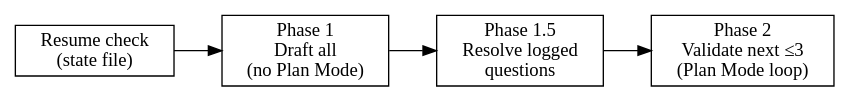
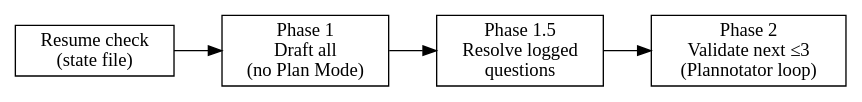
Before and after one commit to SatanLittleHelper/ai-dev-kit: the diagram in skills/roadmap/references/batch-plan-validate.md, drawn with Graphviz. The commit also changed other lines of this file and 13 other files, not shown here.

Commit message:
rules: согласование документов через Plannotator без native Plan Mode

````diff
--- a/skills/roadmap/references/batch-plan-validate.md
+++ b/skills/roadmap/references/batch-plan-validate.md
@@ -78,10 +78,10 @@
 ```dot
 digraph phases {
     rankdir=LR;
     "Resume check\n(state file)" [shape=box];
     "Phase 1\nDraft all\n(no Plan Mode)" [shape=box];
     "Phase 1.5\nResolve logged\nquestions" [shape=box];
-    "Phase 2\nValidate next ≤3\n(Plan Mode loop)" [shape=box];
-    "Resume check\n(state file)" -> "Phase 1\nDraft all\n(no Plan Mode)" -> "Phase 1.5\nResolve logged\nquestions" -> "Phase 2\nValidate next ≤3\n(Plan Mode loop)";
+    "Phase 2\nValidate next ≤3\n(Plannotator loop)" [shape=box];
+    "Resume check\n(state file)" -> "Phase 1\nDraft all\n(no Plan Mode)" -> "Phase 1.5\nResolve logged\nquestions" -> "Phase 2\nValidate next ≤3\n(Plannotator loop)";
 }
 ```
````
